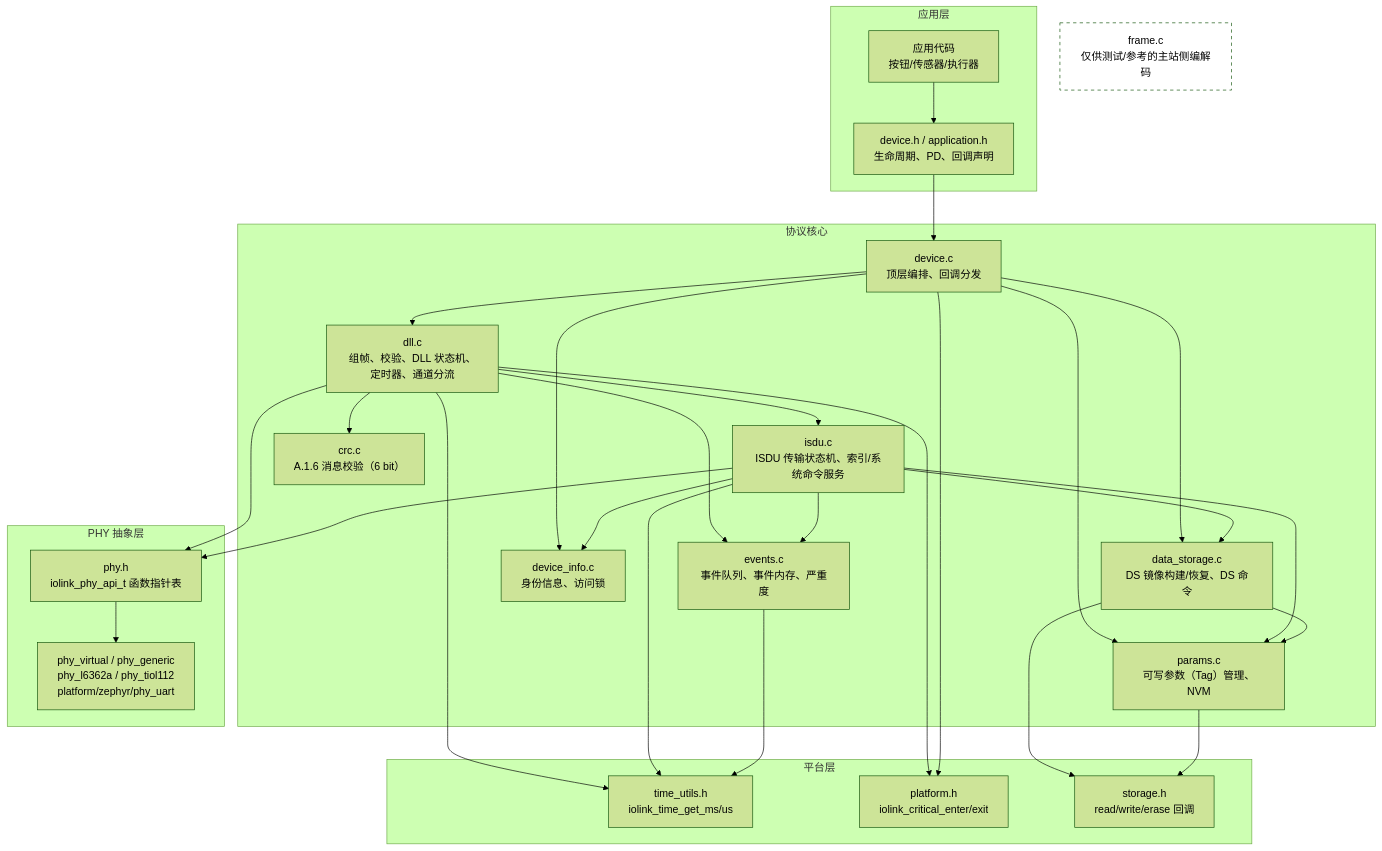
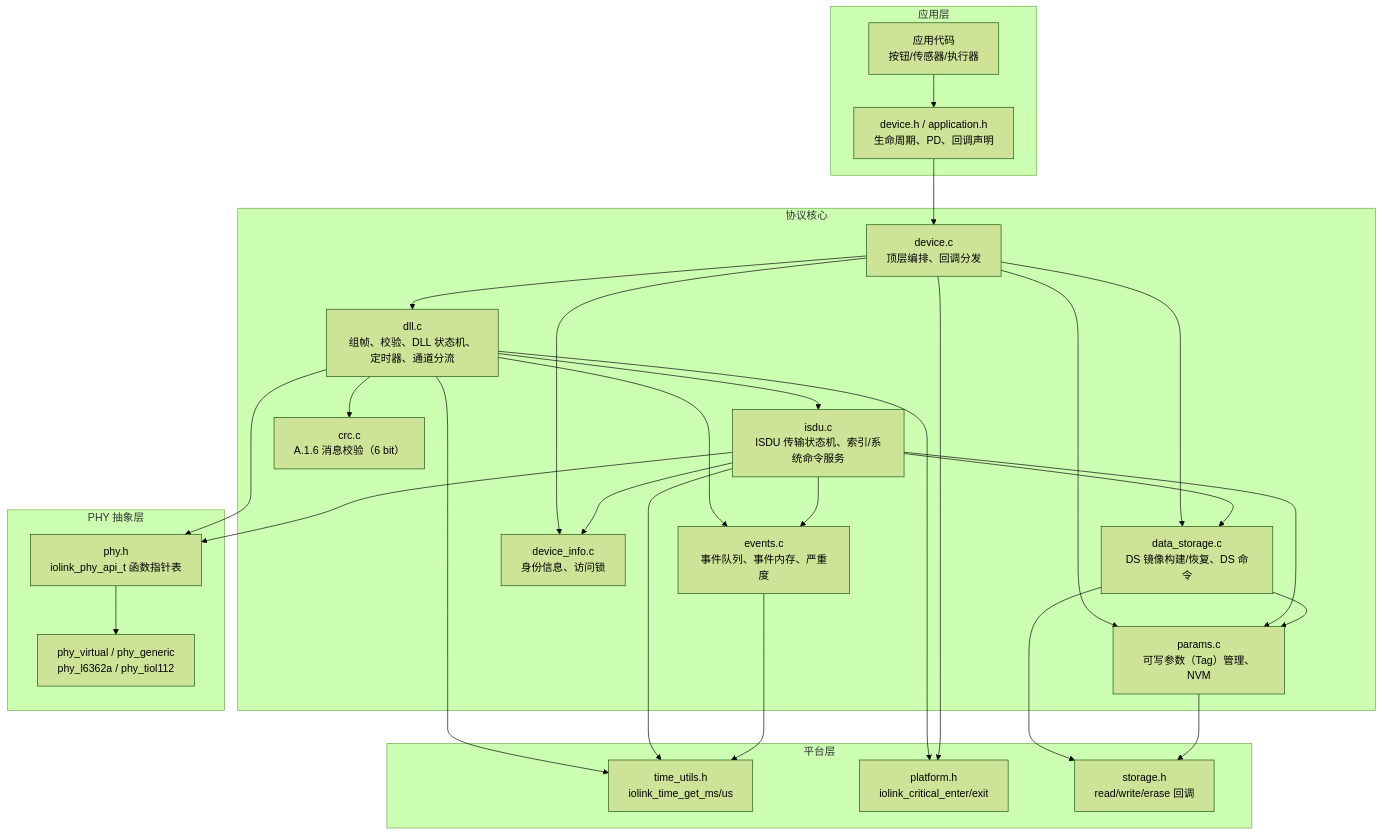
One commit to Adlyq/iolinki changed the first of 16 diagrams in docs/CODE_FLOW.md. Above: the diagram before and after it, drawn with Mermaid (forest theme). The commit also changed other lines of this file and 19 other files, not shown here.

````diff
--- a/docs/CODE_FLOW.md
+++ b/docs/CODE_FLOW.md
@@ -49,57 +49,54 @@
 ```mermaid
 flowchart TB
     subgraph APP["应用层"]
         A1["应用代码<br/>按钮/传感器/执行器"]
         A2["device.h / application.h<br/>生命周期、PD、回调声明"]
     end
 
     subgraph CORE["协议核心"]
         D1["device.c<br/>顶层编排、回调分发"]
         D2["dll.c<br/>组帧、校验、DLL 状态机、定时器、通道分流"]
         D3["isdu.c<br/>ISDU 传输状态机、索引/系统命令服务"]
         D4["data_storage.c<br/>DS 镜像构建/恢复、DS 命令"]
         D5["params.c<br/>可写参数（Tag）管理、NVM"]
         D6["device_info.c<br/>身份信息、访问锁"]
         D7["events.c<br/>事件队列、事件内存、严重度"]
         D8["crc.c<br/>A.1.6 消息校验（6 bit）"]
     end
 
     subgraph PHY["PHY 抽象层"]
         P1["phy.h<br/>iolink_phy_api_t 函数指针表"]
-        P2["phy_virtual / phy_generic<br/>phy_l6362a / phy_tiol112<br/>platform/zephyr/phy_uart"]
+        P2["phy_virtual / phy_generic<br/>phy_l6362a / phy_tiol112"]
     end
 
     subgraph PLAT["平台层"]
         T1["time_utils.h<br/>iolink_time_get_ms/us"]
         T2["platform.h<br/>iolink_critical_enter/exit"]
         S1["storage.h<br/>read/write/erase 回调"]
     end
 
     A1 --> A2
     A2 --> D1
     D1 --> D2
     D1 --> D5
     D1 --> D6
     D1 --> D4
     D2 --> D3
     D2 --> D7
     D2 --> D8
     D3 --> D5
     D3 --> D6
     D3 --> D4
     D3 --> D7
     D4 --> D5
     D4 --> S1
     D5 --> S1
     D2 --> P1
     D3 --> P1
     P1 --> P2
     D2 --> T1
     D3 --> T1
     D7 --> T1
     D2 --> T2
     D1 --> T2
-
-    F1["frame.c<br/>仅供测试/参考的主站侧编解码"]:::aux
-    classDef aux stroke-dasharray: 5 5,fill:#fff;
 ```
````
